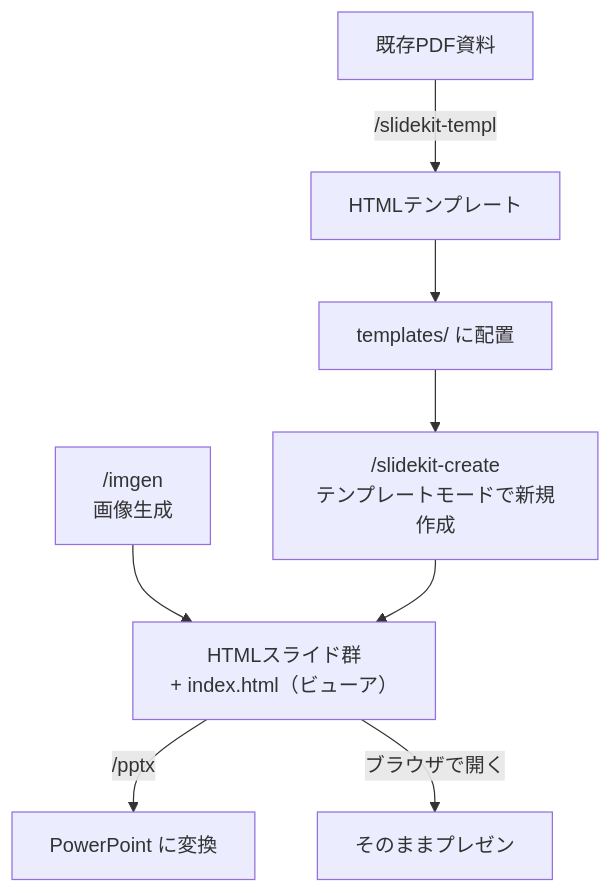
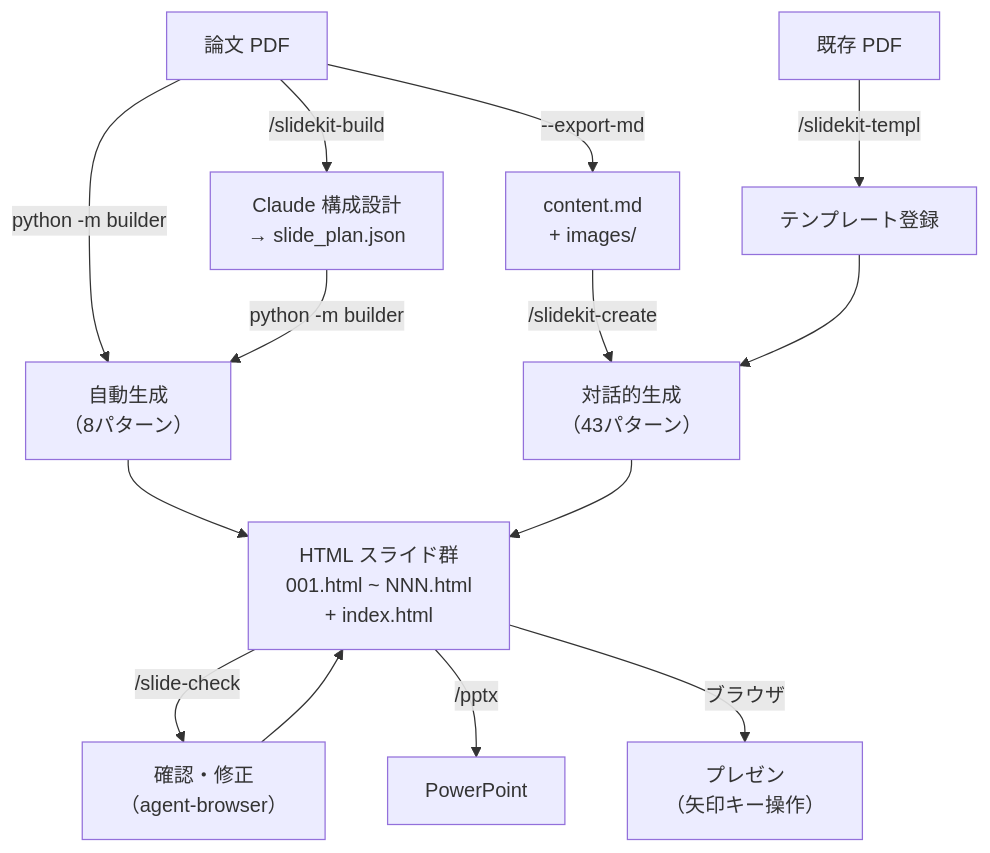
Before and after one commit to ki-boudesu63/slidekit-modify-open: the diagram in README.md, drawn with Mermaid. The commit also changed other lines of this file, not shown here.

````diff
--- a/README.md
+++ b/README.md
@@ -28,10 +55,16 @@
 ```mermaid
 flowchart TD
-    PDF["既存PDF資料"] -->|/slidekit-templ| TMPL["HTMLテンプレート"]
-    TMPL --> TEMPLATES["templates/ に配置"]
-    TEMPLATES --> CREATE["/slidekit-create<br/>テンプレートモードで新規作成"]
-    IMGEN["/imgen<br/>画像生成"] --> HTML
-    CREATE --> HTML["HTMLスライド群<br/>+ index.html（ビューア）"]
-    HTML -->|/pptx| PPTX["PowerPoint に変換"]
-    HTML -->|ブラウザで開く| PRESENT["そのままプレゼン"]
+    PDF["論文 PDF"] -->|"python -m builder"| AUTO["自動生成<br/>（8パターン）"]
+    PDF -->|"--export-md"| MD["content.md<br/>+ images/"]
+    MD -->|"/slidekit-create"| CREATE["対話的生成<br/>（43パターン）"]
+    PDF -->|"/slidekit-build"| PLAN["Claude 構成設計<br/>→ slide_plan.json"]
+    PLAN -->|"python -m builder"| AUTO
+    TMPL["既存 PDF"] -->|"/slidekit-templ"| TEMPLATES["テンプレート登録"]
+    TEMPLATES --> CREATE
+    AUTO --> HTML["HTML スライド群<br/>001.html ~ NNN.html<br/>+ index.html"]
+    CREATE --> HTML
+    HTML -->|"/slide-check"| CHECK["確認・修正<br/>（agent-browser）"]
+    HTML -->|"/pptx"| PPTX["PowerPoint"]
+    HTML -->|"ブラウザ"| PRESENT["プレゼン<br/>（矢印キー操作）"]
+    CHECK --> HTML
 ```
````
